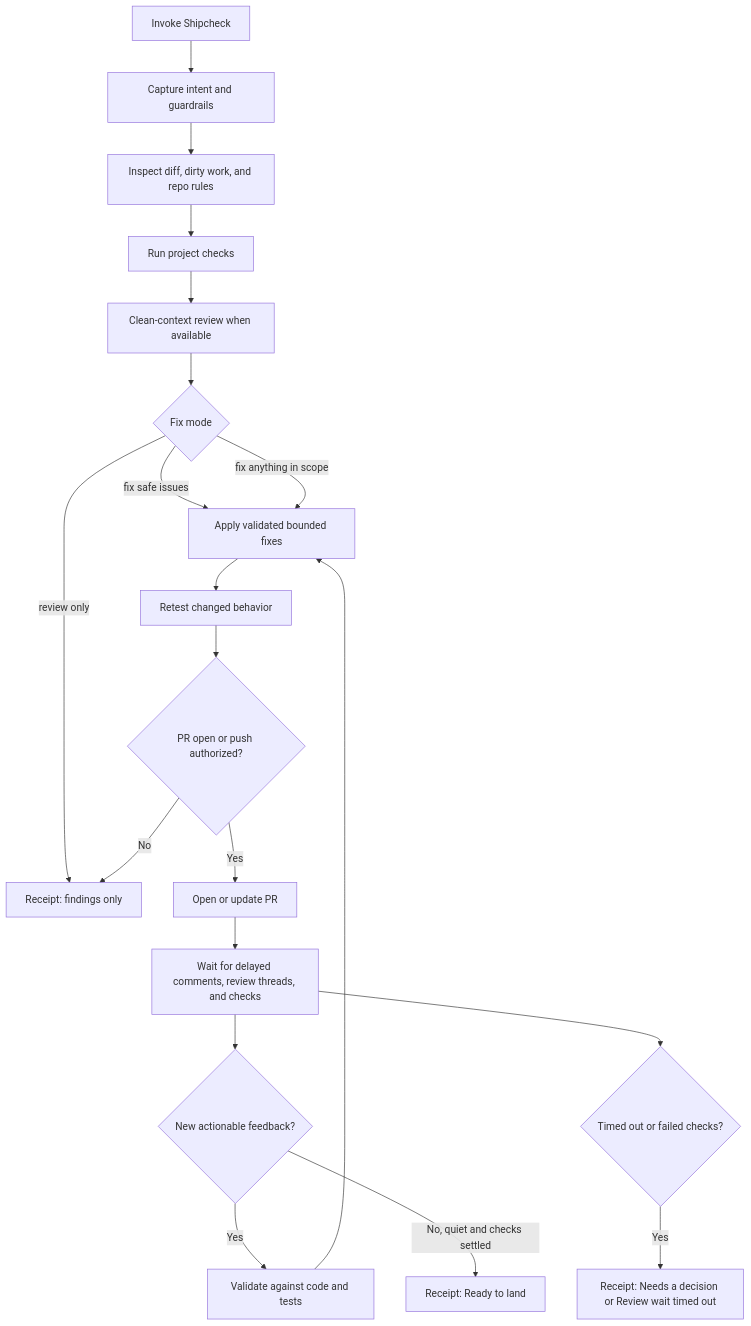
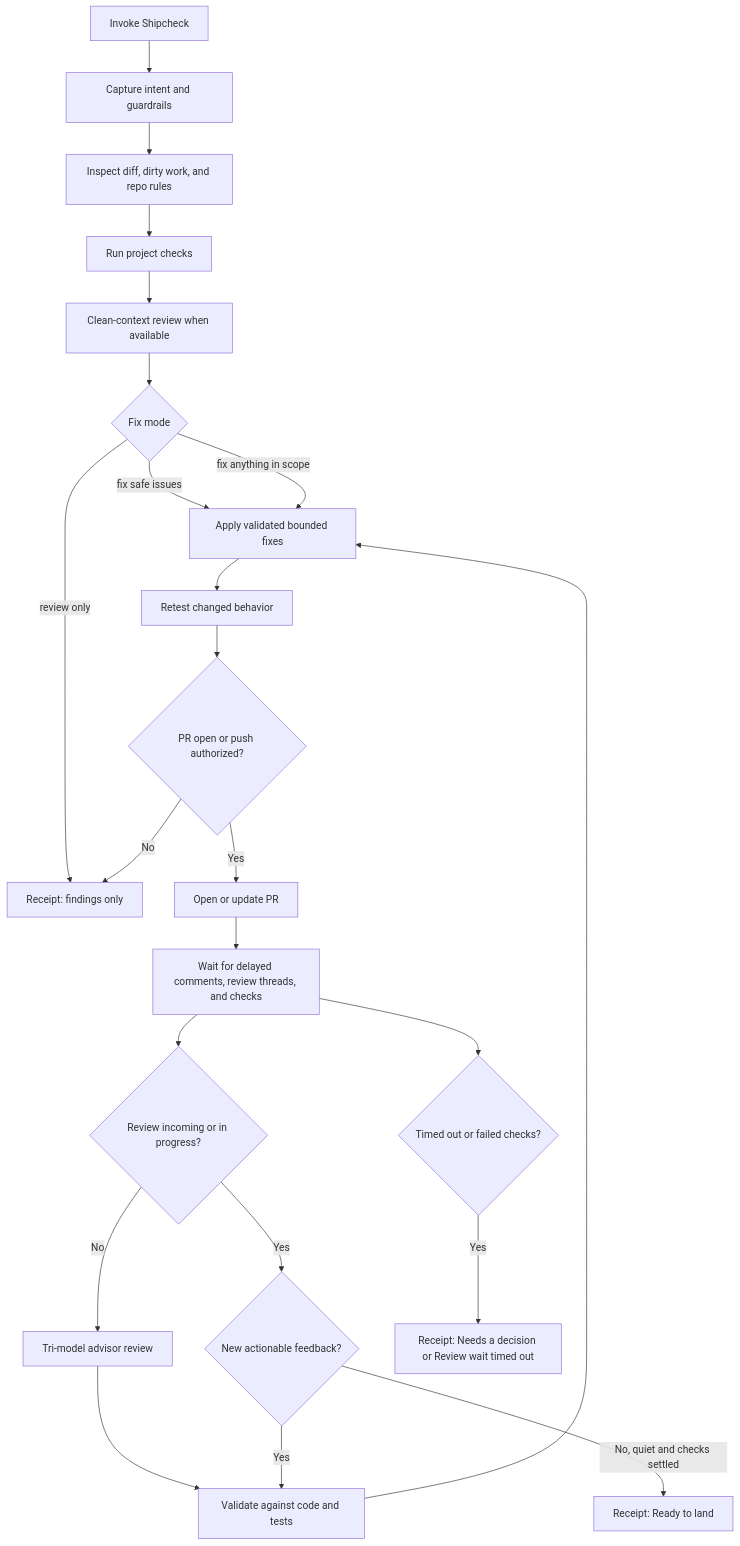
Before and after one commit to matthewrball/shipcheck: the diagram in README.md, drawn with Mermaid. The commit also changed other lines of this file and 2 other files, not shown here.

First line of the commit message:
Add tri-model advisor review when a PR has no incoming review (#1)

````diff
--- a/README.md
+++ b/README.md
@@ -15,22 +15,25 @@
 ```mermaid
 flowchart TD
     A["Invoke Shipcheck"] --> B["Capture intent and guardrails"]
     B --> C["Inspect diff, dirty work, and repo rules"]
     C --> D["Run project checks"]
     D --> E["Clean-context review when available"]
     E --> F{"Fix mode"}
     F -- "review only" --> G["Receipt: findings only"]
     F -- "fix safe issues" --> H["Apply validated bounded fixes"]
     F -- "fix anything in scope" --> H
     H --> I["Retest changed behavior"]
     I --> J{"PR open or push authorized?"}
     J -- "No" --> G
     J -- "Yes" --> K["Open or update PR"]
     K --> L["Wait for delayed comments, review threads, and checks"]
-    L --> M{"New actionable feedback?"}
-    M -- "Yes" --> N["Validate against code and tests"]
+    L --> R{"Review incoming or in progress?"}
+    R -- "No" --> S["Tri-model advisor review"]
+    S --> N["Validate against code and tests"]
+    R -- "Yes" --> M{"New actionable feedback?"}
+    M -- "Yes" --> N
     N --> H
     M -- "No, quiet and checks settled" --> O["Receipt: Ready to land"]
     L --> P{"Timed out or failed checks?"}
     P -- "Yes" --> Q["Receipt: Needs a decision or Review wait timed out"]
 ```
````
